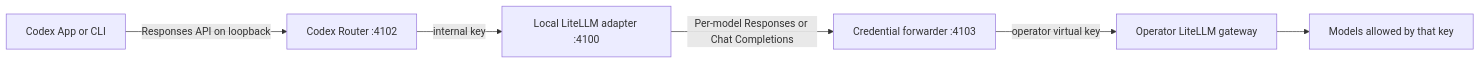
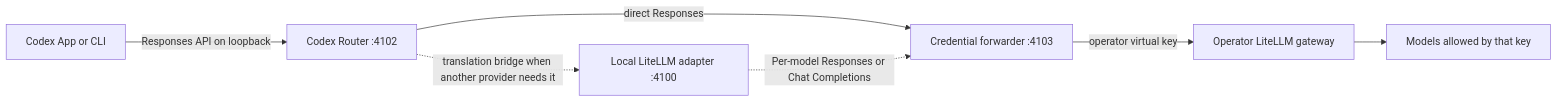
The diagram in docs/LITELLM-GATEWAY.md (mavalko13/codex-router-litellm), drawn with Mermaid before and after one commit. The commit also changed other lines of this file and 28 other files, not shown here.

````diff
--- a/docs/LITELLM-GATEWAY.md
+++ b/docs/LITELLM-GATEWAY.md
@@ -16,8 +16,9 @@
 ```mermaid
 flowchart LR
   C["Codex App or CLI"] -->|"Responses API on loopback"| R["Codex Router :4102"]
-  R -->|"internal key"| L["Local LiteLLM adapter :4100"]
-  L -->|"Per-model Responses or Chat Completions"| F["Credential forwarder :4103"]
+  R -->|"direct Responses"| F["Credential forwarder :4103"]
+  R -.->|"translation bridge when another provider needs it"| L["Local LiteLLM adapter :4100"]
+  L -.->|"Per-model Responses or Chat Completions"| F
   F -->|"operator virtual key"| G["Operator LiteLLM gateway"]
   G --> M["Models allowed by that key"]
 ```
````
